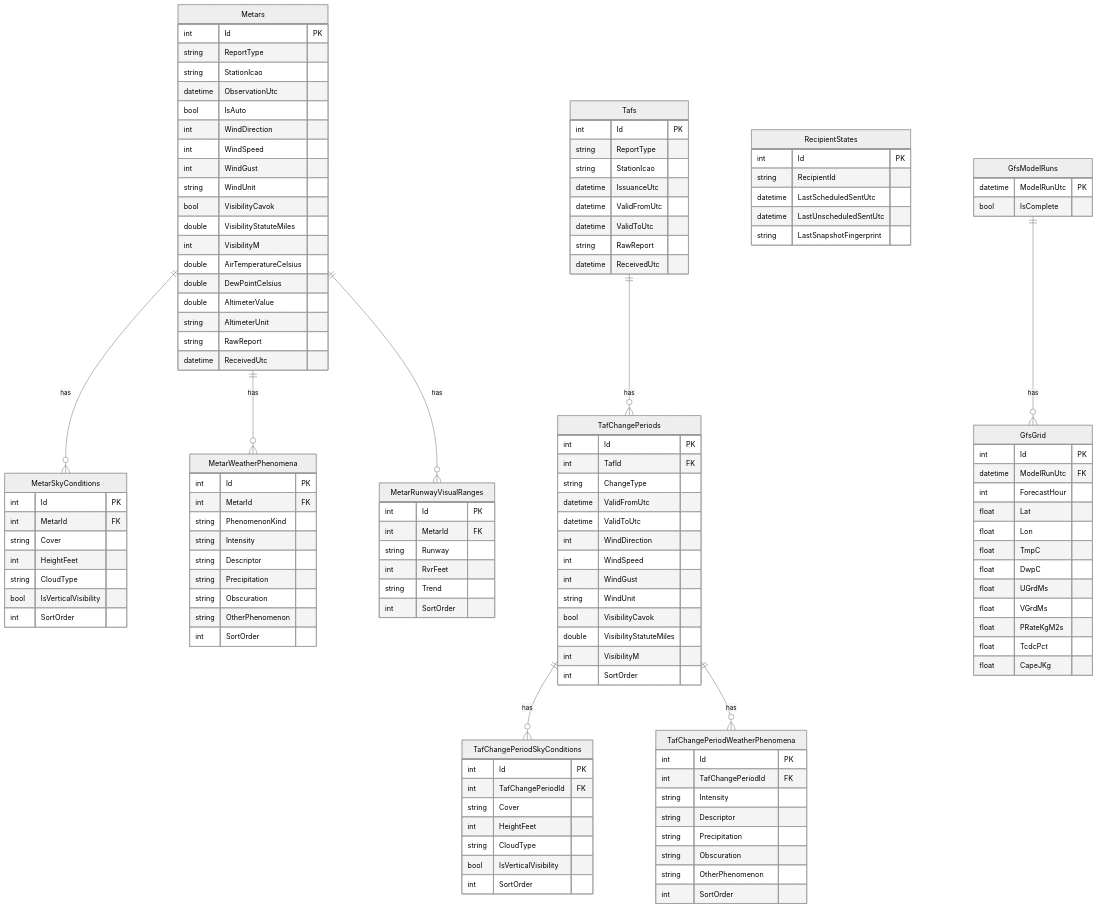
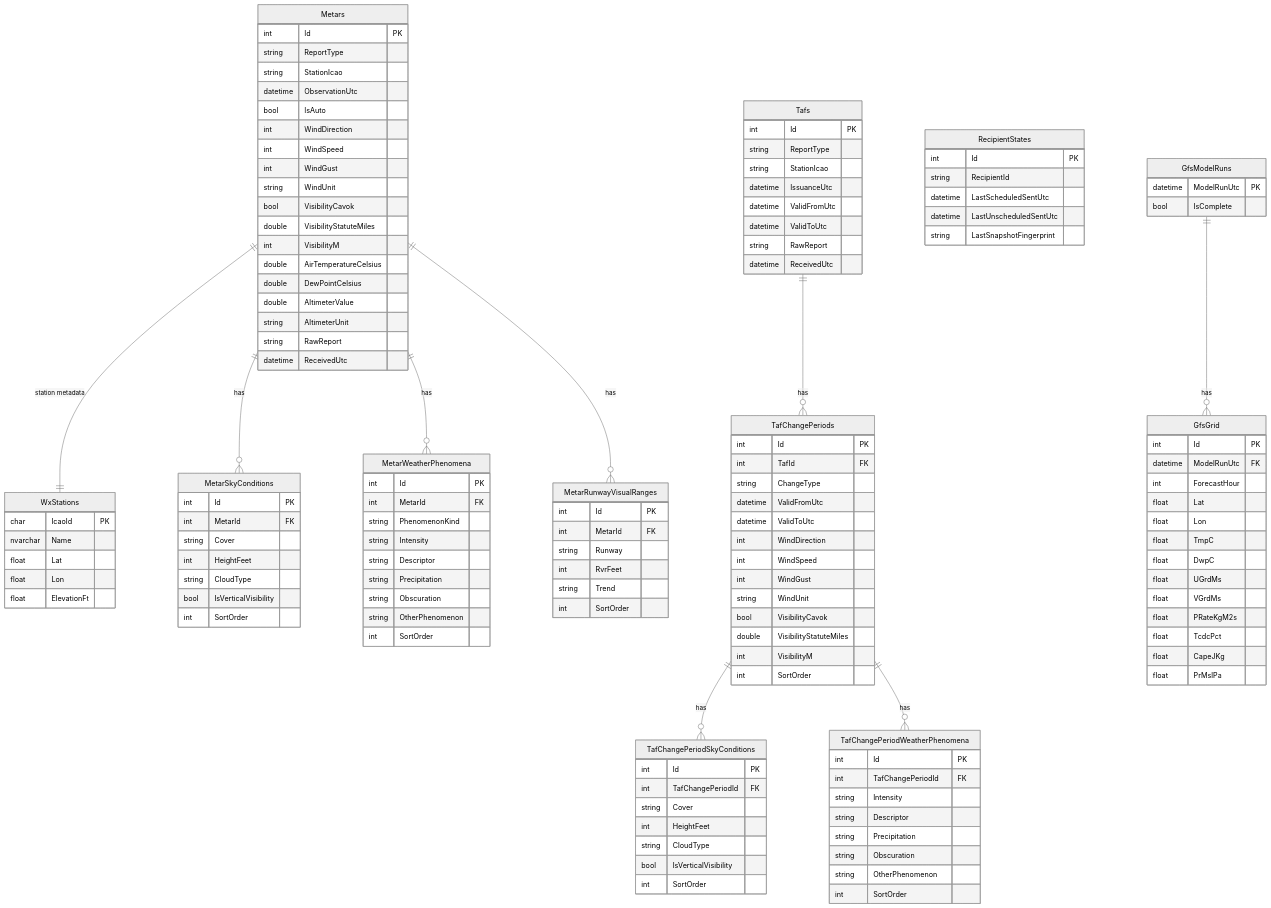
The eighth of 8 diagrams in WxServices/DESIGN.md (PaulHarder2/HarderWare), drawn with Mermaid (neutral theme) before and after one commit. The commit also changed other lines of this file and 6 other files, not shown here.

Commit message:
Add ability to produce three types of graphic:  METAR plot, Analysis plot with filtered list of METAR station models, and GFS forecast map of pressure, temperature, and dewpoint.

```diff
--- a/WxServices/DESIGN.md
+++ b/WxServices/DESIGN.md
@@ -606,8 +666,18 @@
         float PRateKgM2s
         float TcdcPct
         float CapeJKg
+        float PrMslPa
     }
 
+    WxStations {
+        char IcaoId PK
+        nvarchar Name
+        float Lat
+        float Lon
+        float ElevationFt
+    }
+
+    Metars ||--|| WxStations : "station metadata"
     Metars ||--o{ MetarSkyConditions : "has"
     Metars ||--o{ MetarWeatherPhenomena : "has"
     Metars ||--o{ MetarRunwayVisualRanges : "has"
```
